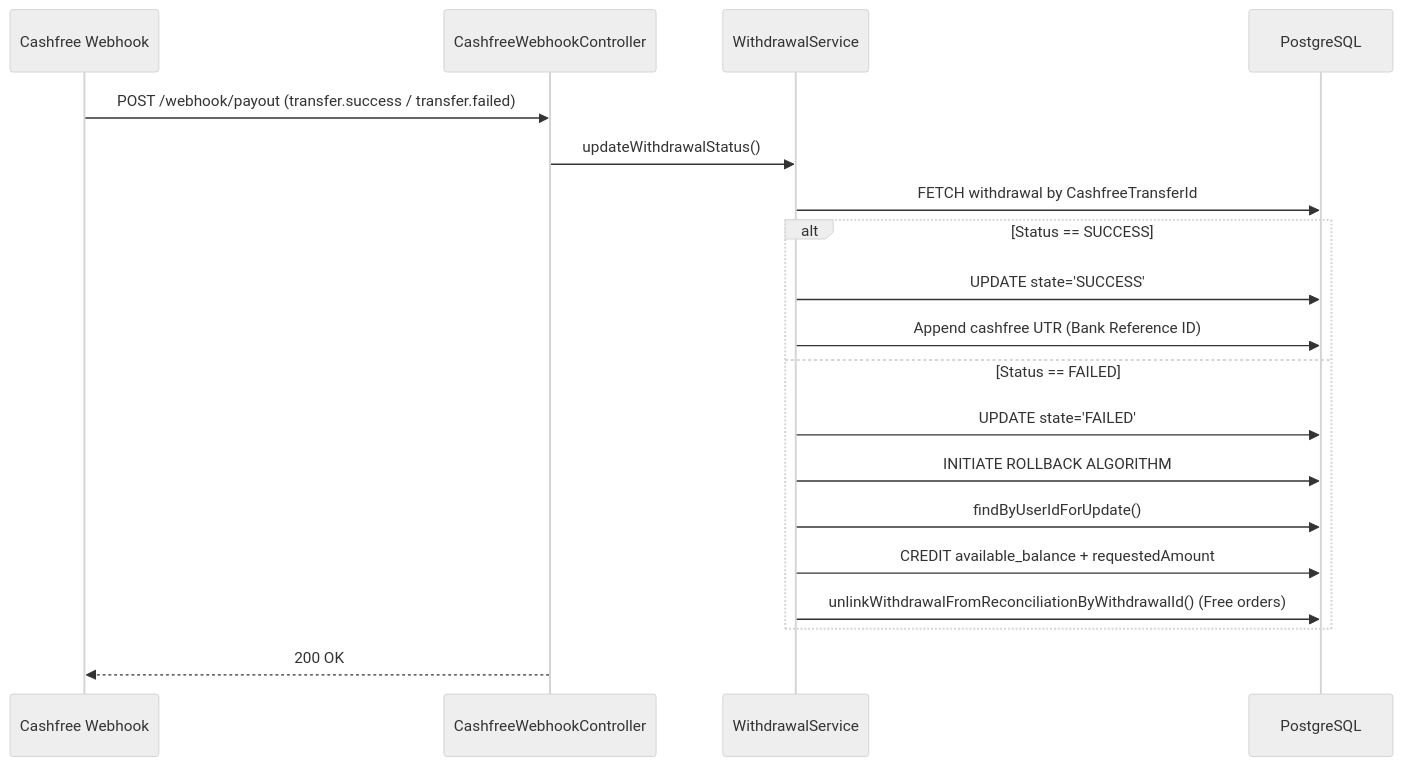
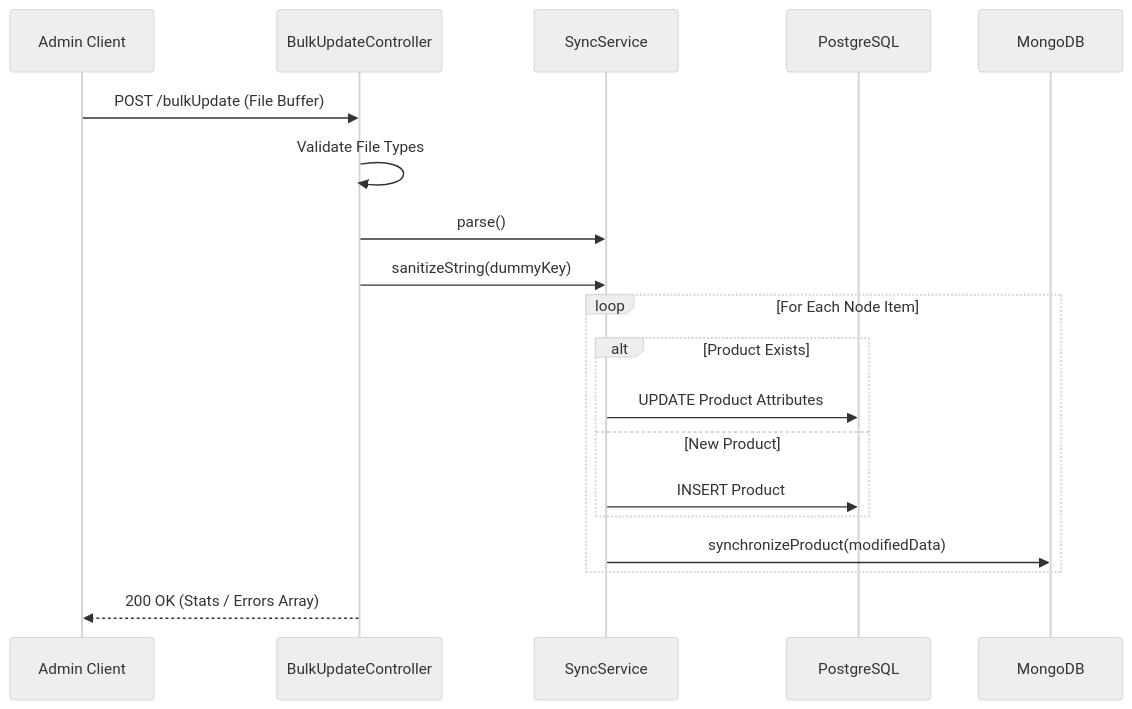
Before and after one commit to Omkar7840/eco: the third of 3 diagrams in README.md, drawn with Mermaid (neutral theme). The commit also changed other lines of this file, not shown here.

First line of the commit message:
Rename Wallet Service to Catalogue Management Service

````diff
--- a/README.md
+++ b/README.md
@@ -132,24 +84,24 @@
 ```mermaid
 sequenceDiagram
-    participant CF as Cashfree Webhook
-    participant W as CashfreeWebhookController
-    participant S as WithdrawalService
-    participant DB as PostgreSQL
+    participant User as Admin Client
+    participant C as BulkUpdateController
+    participant S as SyncService
+    participant SQL as PostgreSQL
+    participant MONGO as MongoDB
 
-    CF->>W: POST /webhook/payout (transfer.success / transfer.failed)
-    W->>S: updateWithdrawalStatus()
-    S->>DB: FETCH withdrawal by CashfreeTransferId
+    User->>C: POST /bulkUpdate (File Buffer)
+    C->>C: Validate File Types
+    C->>S: parse()
+    C->>S: sanitizeString(dummyKey)
     
-    alt Status == SUCCESS
-        S->>DB: UPDATE state='SUCCESS'
-        S->>DB: Append cashfree UTR (Bank Reference ID)
-    else Status == FAILED
-        S->>DB: UPDATE state='FAILED'
-        S->>DB: INITIATE ROLLBACK ALGORITHM
-        S->>DB: findByUserIdForUpdate()
-        S->>DB: CREDIT available_balance + requestedAmount
-        S->>DB: unlinkWithdrawalFromReconciliationByWithdrawalId() (Free orders)
+    loop For Each Node Item
+        alt Product Exists
+            S->>SQL: UPDATE Product Attributes
+        else New Product
+            S->>SQL: INSERT Product
+        end
+        S->>MONGO: synchronizeProduct(modifiedData)
     end
     
-    W-->>CF: 200 OK
+    C-->>User: 200 OK (Stats / Errors Array)
 ```
````
